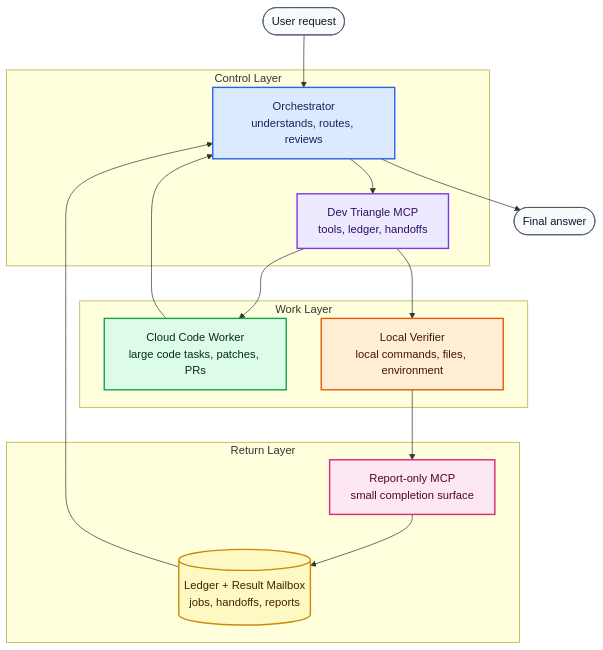
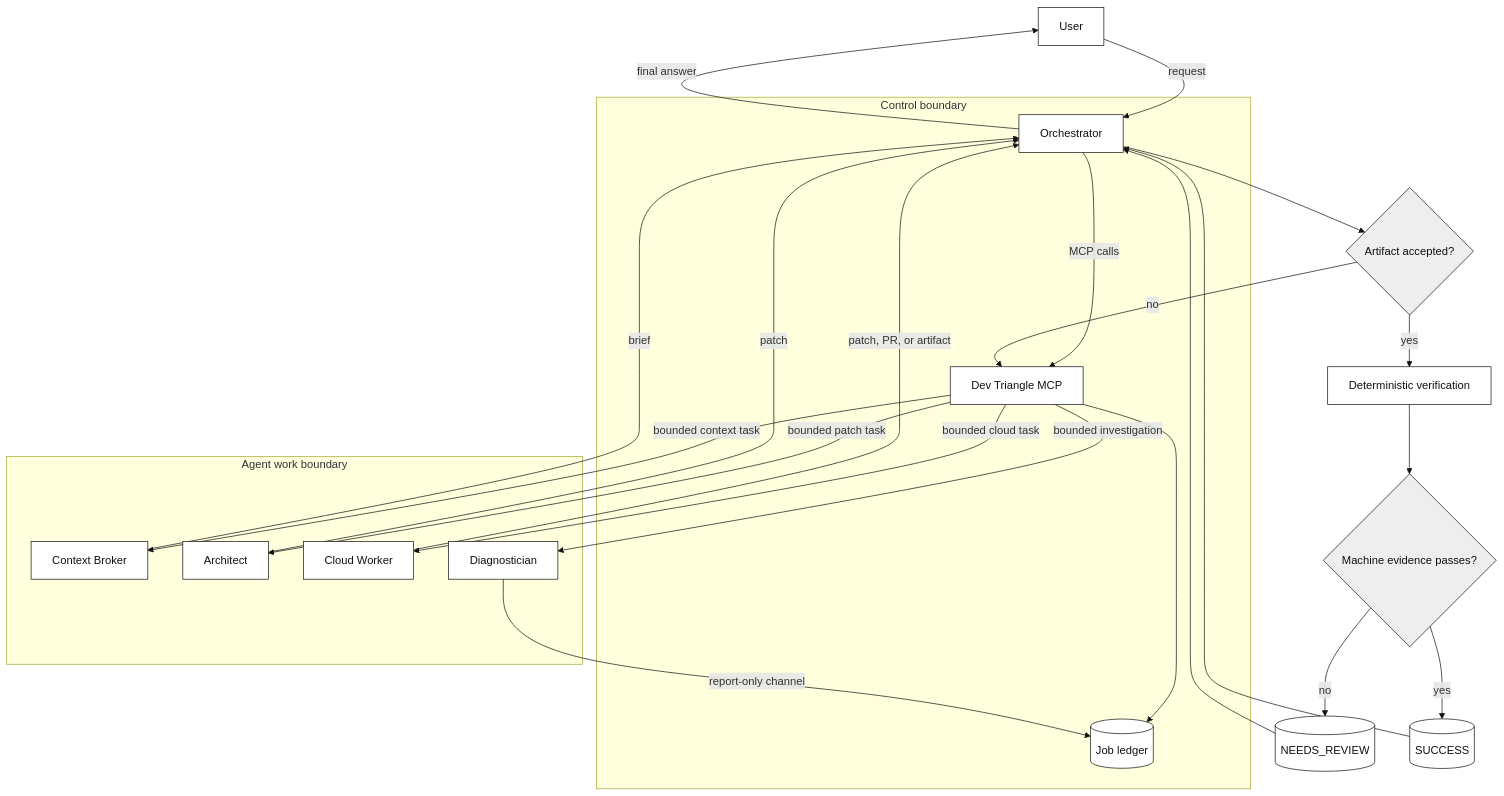
The diagram in docs/ROLE_MODEL.md (SpadesZ/dev-triangle-mcp), drawn with Mermaid before and after one commit. The commit also changed other lines of this file and 11 other files, not shown here.

````diff
--- a/docs/ROLE_MODEL.md
+++ b/docs/ROLE_MODEL.md
@@ -22,37 +26,42 @@
 ```mermaid
 flowchart TB
-  U(["User request"]):::human
+  U["User"] -->|request| O["Orchestrator"]
 
-  subgraph Control["Control Layer"]
-    O["Orchestrator<br/>understands, routes, reviews"]:::orchestrator
-    M["Dev Triangle MCP<br/>tools, ledger, handoffs"]:::mcp
+  subgraph C["Control boundary"]
+    O -->|MCP calls| M["Dev Triangle MCP"]
+    M --> L[("Job ledger")]
   end
 
-  subgraph Work["Work Layer"]
-    W["Cloud Code Worker<br/>large code tasks, patches, PRs"]:::worker
-    V["Local Verifier<br/>local commands, files, environment"]:::verifier
+  subgraph A["Agent work boundary"]
+    B["Context Broker"]
+    P["Architect"]
+    W["Cloud Worker"]
+    D["Diagnostician"]
   end
 
-  subgraph Return["Return Layer"]
-    R["Report-only MCP<br/>small completion surface"]:::report
-    S[("Ledger + Result Mailbox<br/>jobs, handoffs, reports")]:::state
-  end
+  M -->|bounded context task| B
+  B -->|brief| O
+  M -->|bounded patch task| P
+  P -->|patch| O
+  M -->|bounded cloud task| W
+  W -->|patch, PR, or artifact| O
+  M -->|bounded investigation| D
+  D -->|report-only channel| L
+  O --> G{"Artifact accepted?"}
+  G -->|no| M
+  G -->|yes| V["Deterministic verification"]
+  V --> Q{"Machine evidence passes?"}
+  Q -->|no| N[("NEEDS_REVIEW")]
+  Q -->|yes| S[("SUCCESS")]
+  N --> O
+  S --> O
+  O -->|final answer| U
 
-  U --> O
-  O --> M
-  M --> W
-  M --> V
-  W --> O
-  V --> R
-  R --> S
-  S --> O
-  O --> A(["Final answer"]):::human
-
-  classDef human fill:#f8fafc,stroke:#475569,color:#0f172a,stroke-width:1px;
-  classDef orchestrator fill:#dbeafe,stroke:#2563eb,color:#172554,stroke-width:2px;
-  classDef mcp fill:#ede9fe,stroke:#7c3aed,color:#2e1065,stroke-width:2px;
-  classDef worker fill:#dcfce7,stroke:#16a34a,color:#052e16,stroke-width:2px;
-  classDef verifier fill:#ffedd5,stroke:#ea580c,color:#431407,stroke-width:2px;
-  classDef report fill:#fce7f3,stroke:#db2777,color:#500724,stroke-width:2px;
-  classDef state fill:#fef9c3,stroke:#ca8a04,color:#422006,stroke-width:2px;
+  classDef process fill:#ffffff,stroke:#111111,color:#111111,stroke-width:1px;
+  classDef decision fill:#eeeeee,stroke:#111111,color:#111111,stroke-width:1px;
+  classDef store fill:#ffffff,stroke:#111111,color:#111111,stroke-width:1px;
+  class U,O,M,B,P,W,D,V process;
+  class G,Q decision;
+  class L,N,S store;
+  linkStyle default stroke:#111111,stroke-width:1px;
 ```
````
